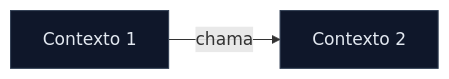
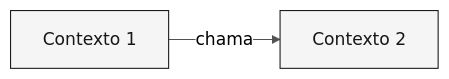
One commit to paulasilvatech/datacorp-mm-team-kit changed the diagram in 02-spec-moderna/templates/bounded-contexts.template.md. Above: the diagram before and after it, drawn with Mermaid. The commit also changed other lines of this file and 91 other files, not shown here.

````diff
--- a/02-spec-moderna/templates/bounded-contexts.template.md
+++ b/02-spec-moderna/templates/bounded-contexts.template.md
@@ -50,6 +69,7 @@
 ```mermaid
+%%{init: {'theme':'neutral','themeVariables':{'fontFamily':'ui-sans-serif, system-ui, sans-serif','primaryColor':'#F5F5F5','primaryTextColor':'#171717','primaryBorderColor':'#171717','lineColor':'#525252','secondaryColor':'#FFFFFF','tertiaryColor':'#FAFAFA','background':'#FFFFFF'}}}%%
 flowchart LR
-    CTX1["Contexto 1"] -->|"chama"| CTX2["Contexto 2"]
-    classDef ctx fill:#0f172a,stroke:#334155,color:#e2e8f0
-    class CTX1,CTX2 ctx
+    classDef ctx fill:#F5F5F5,stroke:#171717,color:#171717
+
+    CTX1["Contexto 1"]:::ctx -->|"chama"| CTX2["Contexto 2"]:::ctx
 ```
````
